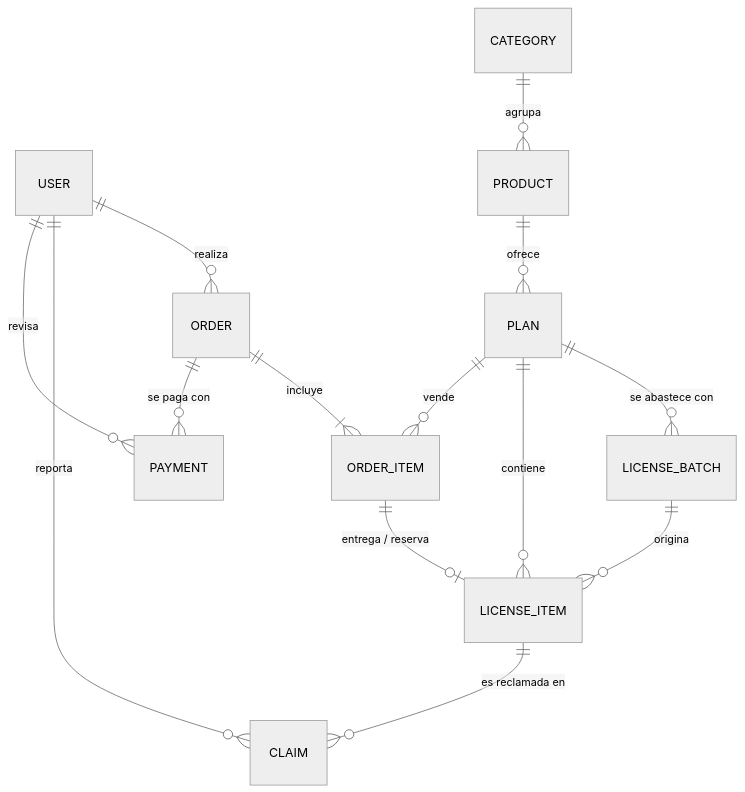
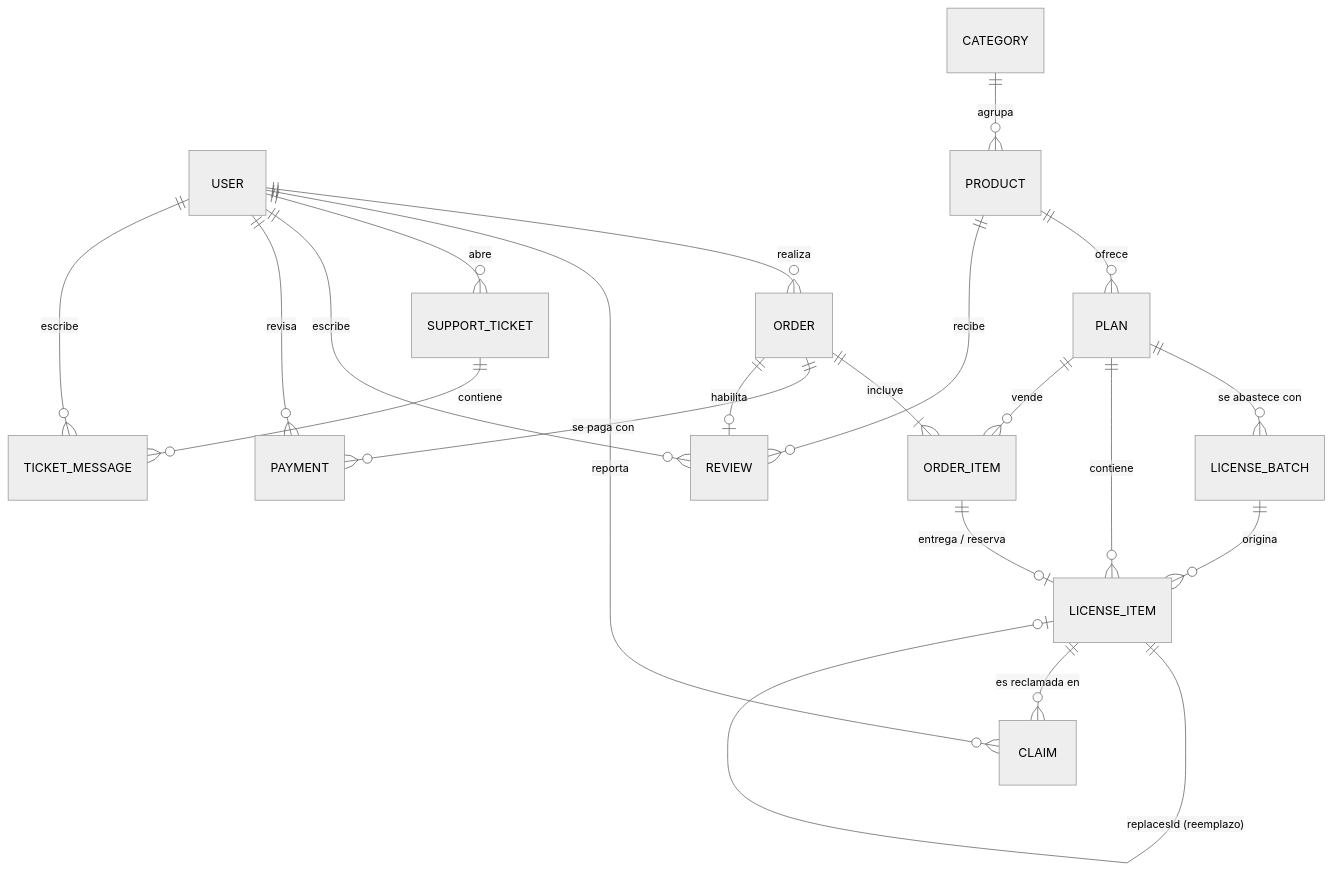
The diagram in docs/05-modelo-de-datos.md (AlfredoNavarroDev/FreeCell), drawn with Mermaid (neutral theme) before and after one commit. The commit also changed other lines of this file and 66 other files, not shown here.

````diff
--- a/docs/05-modelo-de-datos.md
+++ b/docs/05-modelo-de-datos.md
@@ -6,16 +8,23 @@
 ```mermaid
 erDiagram
   USER ||--o{ ORDER : realiza
   USER ||--o{ CLAIM : reporta
+  USER ||--o{ SUPPORT_TICKET : abre
+  USER ||--o{ REVIEW : escribe
   CATEGORY ||--o{ PRODUCT : agrupa
   PRODUCT ||--o{ PLAN : ofrece
+  PRODUCT ||--o{ REVIEW : recibe
   PLAN ||--o{ LICENSE_BATCH : "se abastece con"
   PLAN ||--o{ LICENSE_ITEM : contiene
   LICENSE_BATCH ||--o{ LICENSE_ITEM : origina
+  LICENSE_ITEM ||--o| LICENSE_ITEM : "replacesId (reemplazo)"
   ORDER ||--|{ ORDER_ITEM : incluye
   PLAN ||--o{ ORDER_ITEM : vende
   ORDER_ITEM ||--o| LICENSE_ITEM : "entrega / reserva"
   ORDER ||--o{ PAYMENT : "se paga con"
   LICENSE_ITEM ||--o{ CLAIM : "es reclamada en"
+  ORDER ||--o| REVIEW : habilita
   USER ||--o{ PAYMENT : revisa
+  SUPPORT_TICKET ||--o{ TICKET_MESSAGE : contiene
+  USER ||--o{ TICKET_MESSAGE : escribe
 ```
````
